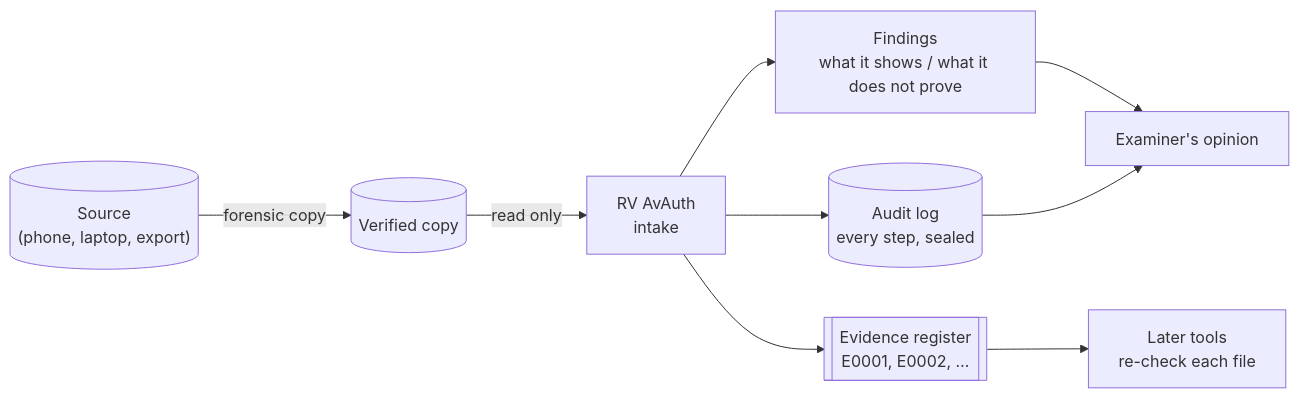
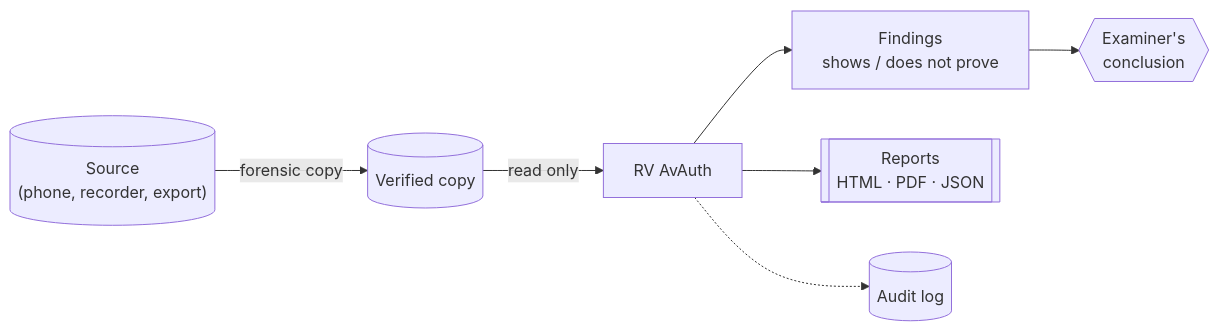
One commit to Panacota96/rv-avauth changed the first of 10 diagrams in docs/theory.md. Above: the diagram before and after it, drawn with Mermaid. The commit also changed other lines of this file and 93 other files, not shown here.

````diff
--- a/docs/theory.md
+++ b/docs/theory.md
@@ -69,11 +70,9 @@
 ```mermaid
 flowchart LR
-    S[("Source<br/>(phone, laptop, export)")] -->|forensic copy| C[("Verified copy")]
-    C -->|read only| T["RV AvAuth<br/>intake"]
-    T --> F["Findings<br/>what it shows / what it does not prove"]
-    T --> R[["Evidence register<br/>E0001, E0002, …"]]
-    T --> L[("Audit log<br/>every step, sealed")]
-    R --> A["Later tools<br/>re-check each file"]
-    F --> E["Examiner's opinion"]
-    L --> E
+    S[("Source<br/>(phone, recorder, export)")] -->|forensic copy| C[("Verified copy")]
+    C -->|read only| T["RV AvAuth"]
+    T --> F["Findings<br/>shows / does not prove"]
+    T --> R[["Reports<br/>HTML · PDF · JSON"]]
+    T -.-> L[("Audit log")]
+    F --> X{{"Examiner's<br/>conclusion"}}
 ```
````
